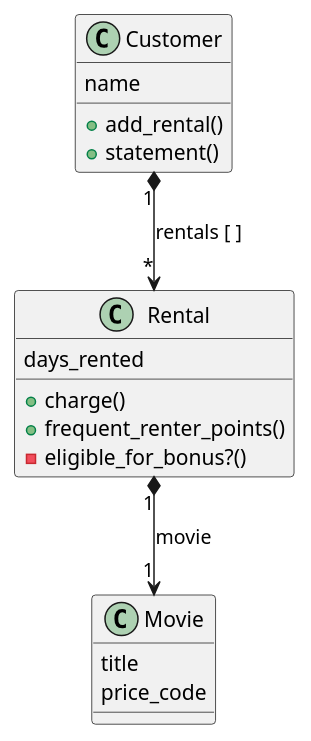
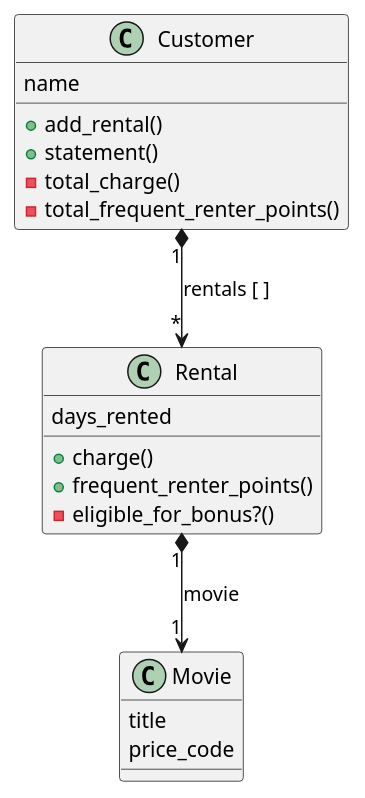
The diagram in rental_store.puml (meta-morpho-sys/RefactoringRubyEdition), drawn with PlantUML before and after one commit. The commit also changed 4 other files, not shown here.

Commit message:
Changed the body of the total_frequent_renter_points method to use different expession. Updated the PUML diagram.

```diff
--- a/rental_store.puml
+++ b/rental_store.puml
@@ -1,27 +1,30 @@
 @startuml
 
 class Customer {
     name
 
     +add_rental()
     +statement()
+    -total_charge()
+    -total_frequent_renter_points()
+
 
 }
 
 class Rental {
 
     days_rented
     +charge()
     +frequent_renter_points()
     -eligible_for_bonus?()
 }
 
 class Movie {
     title
     price_code
 }
 
 Rental "1" *--> "1" Movie: movie
 Customer "1" *--> "*" Rental: rentals [ ]
 
 @enduml
```
